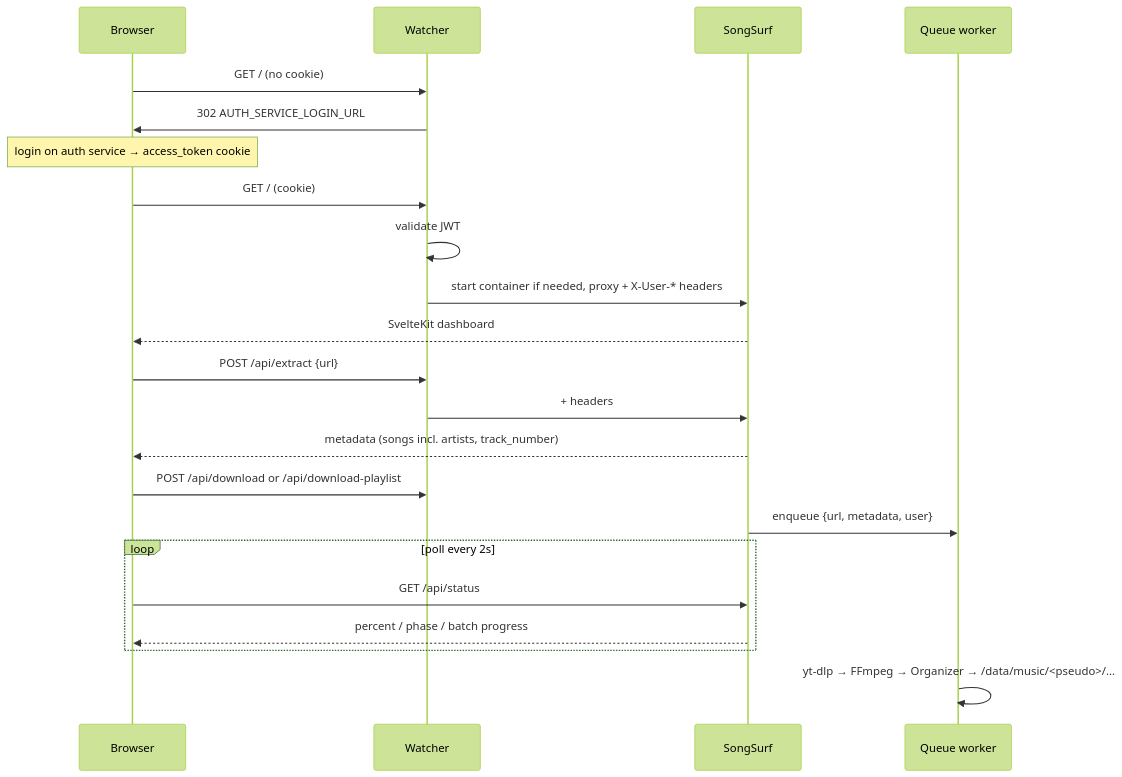
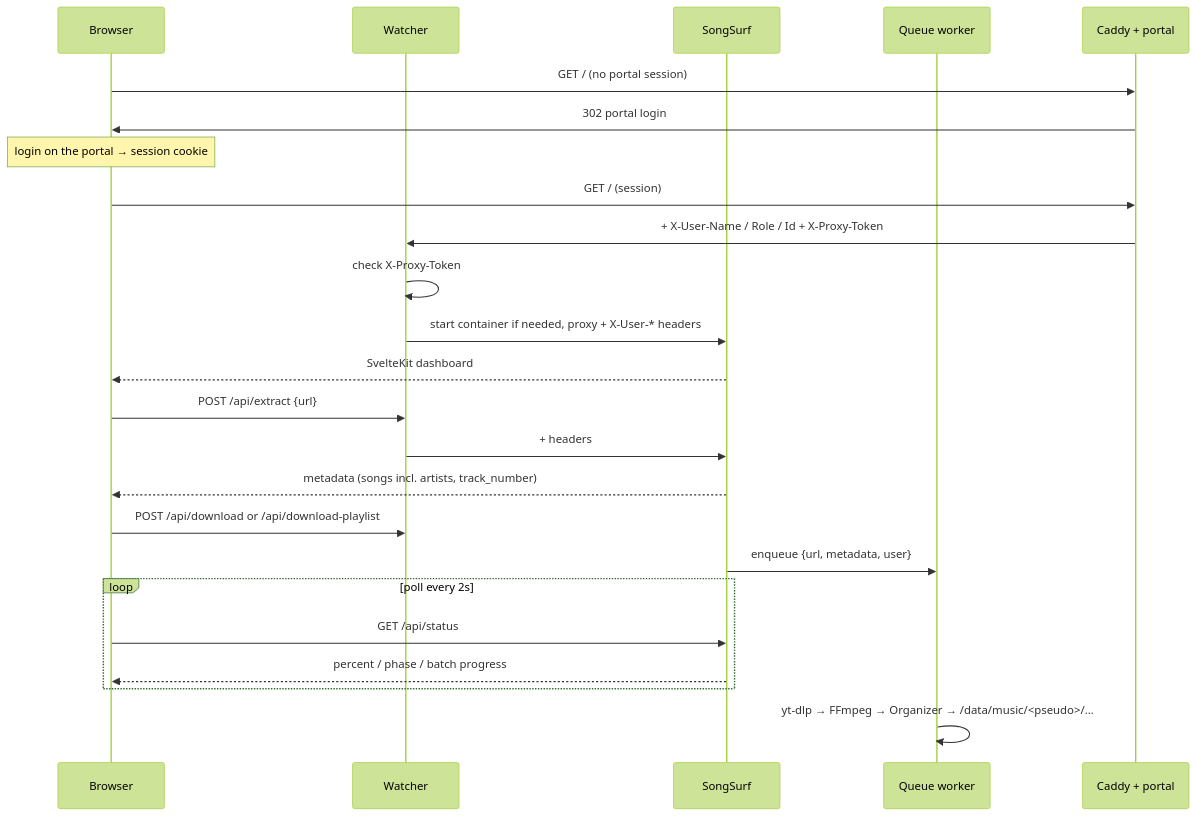
One commit to Rev0li/SongSurf changed the second of 3 diagrams in docs/ARCHITECTURE.md. Above: the diagram before and after it, drawn with Mermaid (forest theme). The commit also changed other lines of this file and 20 other files, not shown here.

````diff
--- a/docs/ARCHITECTURE.md
+++ b/docs/ARCHITECTURE.md
@@ -69,28 +69,30 @@
 ```mermaid
 sequenceDiagram
     participant B as Browser
     participant W as Watcher
     participant S as SongSurf
     participant Q as Queue worker
+    participant C as Caddy + portal
 
-    B->>W: GET / (no cookie)
-    W->>B: 302 AUTH_SERVICE_LOGIN_URL
-    Note over B: login on auth service → access_token cookie
+    B->>C: GET / (no portal session)
+    C->>B: 302 portal login
+    Note over B: login on the portal → session cookie
 
-    B->>W: GET / (cookie)
-    W->>W: validate JWT
+    B->>C: GET / (session)
+    C->>W: + X-User-Name / Role / Id + X-Proxy-Token
+    W->>W: check X-Proxy-Token
     W->>S: start container if needed, proxy + X-User-* headers
     S-->>B: SvelteKit dashboard
 
     B->>W: POST /api/extract {url}
     W->>S: + headers
     S-->>B: metadata (songs incl. artists, track_number)
 
     B->>W: POST /api/download or /api/download-playlist
     S->>Q: enqueue {url, metadata, user}
     loop poll every 2s
         B->>S: GET /api/status
         S-->>B: percent / phase / batch progress
     end
     Q->>Q: yt-dlp → FFmpeg → Organizer → /data/music/<pseudo>/…
 ```
````
